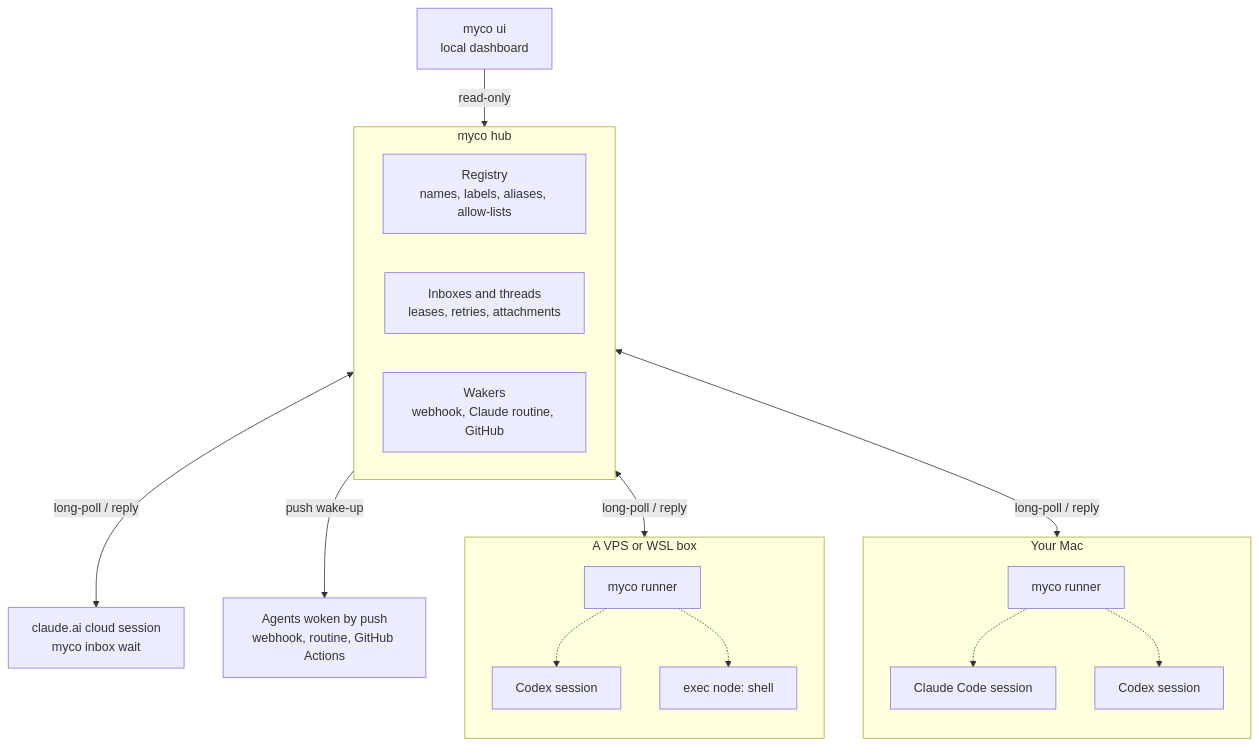
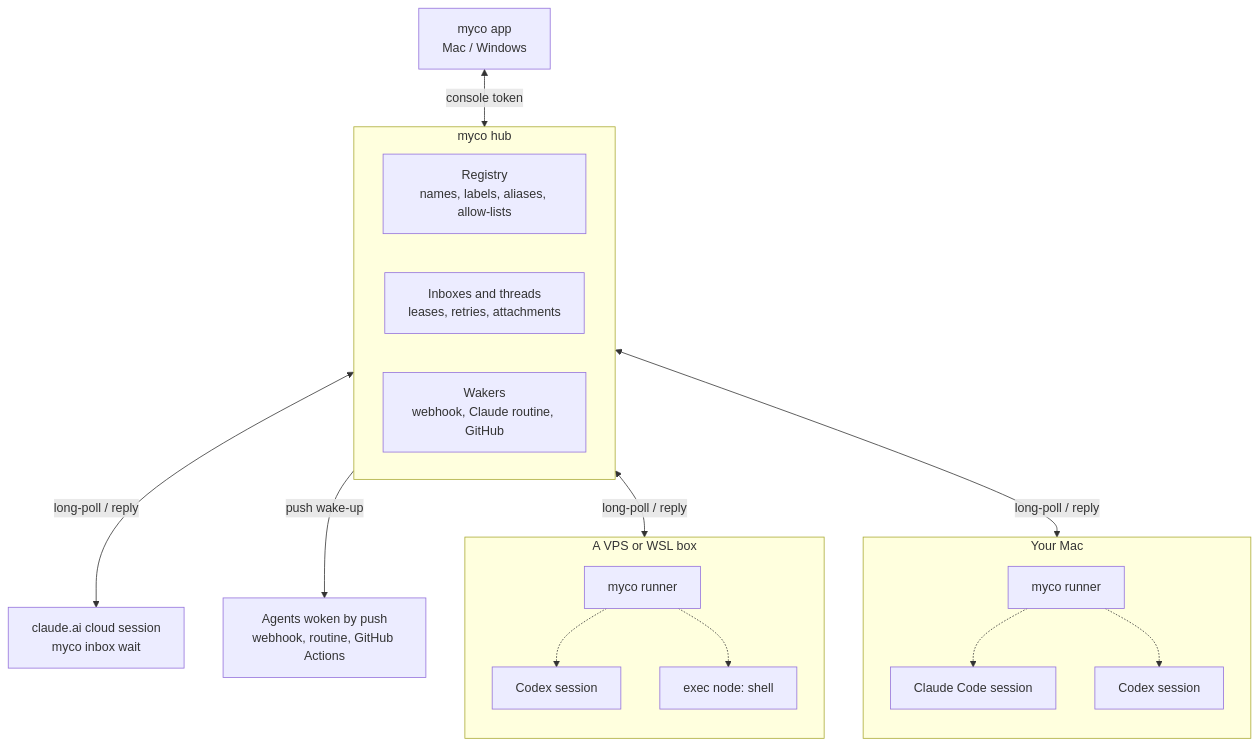
Before and after one commit to chenhg5/myco: the first of 2 diagrams in README.md, drawn with Mermaid. The commit also changed other lines of this file and 46 other files, not shown here.

````diff
--- a/README.md
+++ b/README.md
@@ -106,32 +141,32 @@
 ```mermaid
 flowchart TB
   subgraph HUB["myco hub"]
     direction LR
     REG["Registry<br/>names, labels, aliases, allow-lists"]
     BOX["Inboxes and threads<br/>leases, retries, attachments"]
     WAKE["Wakers<br/>webhook, Claude routine, GitHub"]
   end
 
   subgraph MAC["Your Mac"]
     direction TB
     R1["myco runner"] -.-> S1["Claude Code session"]
     R1 -.-> S2["Codex session"]
   end
 
   CLOUD["claude.ai cloud session<br/>myco inbox wait"]
 
   subgraph VPS["A VPS or WSL box"]
     direction TB
     R2["myco runner"] -.-> S3["Codex session"]
     R2 -.-> S4["exec node: shell"]
   end
 
-  UI["myco ui<br/>local dashboard"]
+  UI["myco app<br/>Mac / Windows"]
   EXT["Agents woken by push<br/>webhook, routine, GitHub Actions"]
 
   BOX <-->|"long-poll / reply"| R1
   BOX <-->|"long-poll / reply"| CLOUD
   BOX <-->|"long-poll / reply"| R2
-  UI -->|"read-only"| REG
+  UI <-->|"console token"| REG
   WAKE -->|"push wake-up"| EXT
 ```
````
